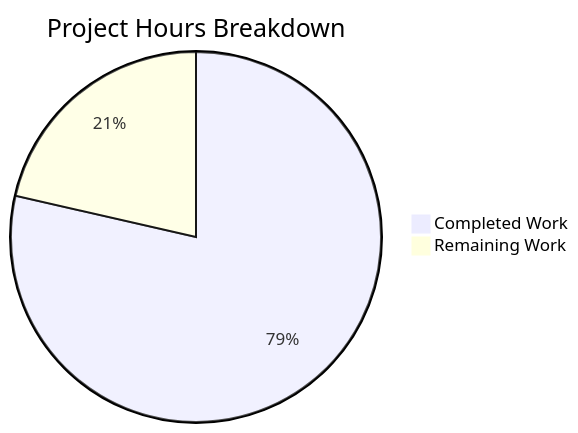
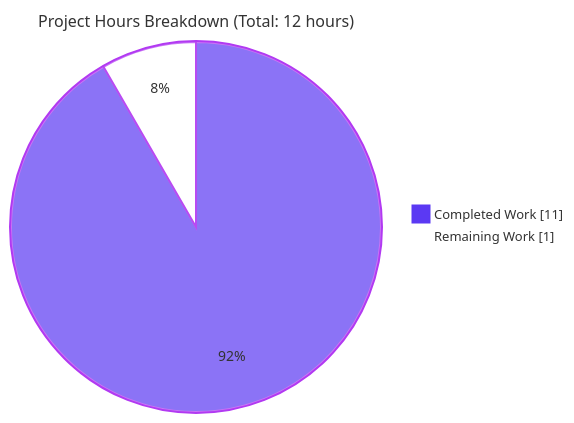
The second of 4 diagrams in blitzy/documentation/Project Guide.md (TestadoBlitzy/Existing-product), drawn with Mermaid before and after one commit. The commit also changed other lines of this file, not shown here.

Commit message:
Adding Blitzy Project Guide: Project Status and Human Tasks Remaining

````diff
--- a/blitzy/documentation/Project Guide.md
+++ b/blitzy/documentation/Project Guide.md
@@ -163,5 +207,7 @@
 ```mermaid
-pie title Project Hours Breakdown
-    "Completed Work" : 5.5
-    "Remaining Work" : 1.5
+%%{init: {'theme':'base', 'themeVariables': {'pie1':'#5B39F3','pie2':'#FFFFFF','pieStrokeColor':'#B23AF2','pieOuterStrokeColor':'#B23AF2','pieTitleTextSize':'16px','pieSectionTextSize':'14px','pieLegendTextSize':'13px'}}}%%
+pie showData
+    title Project Hours Breakdown (Total: 12 hours)
+    "Completed Work" : 11
+    "Remaining Work" : 1
 ```
````
